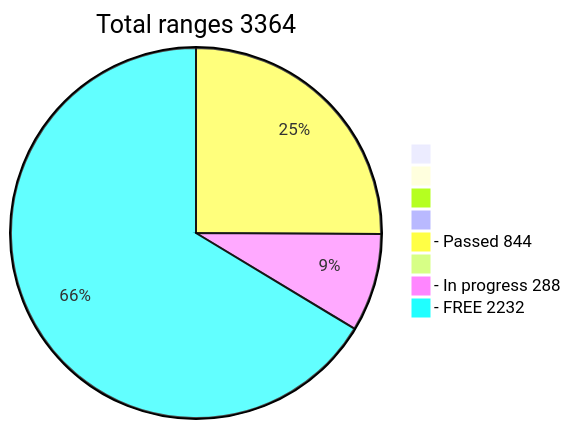
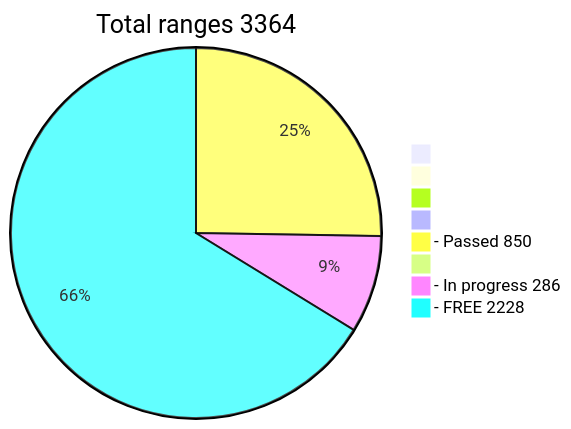
One commit to phrutis/wif500 changed the diagram in README.md. Above: the diagram before and after it, drawn with Mermaid.

````diff
--- a/README.md
+++ b/README.md
@@ -16,11 +16,11 @@
 ```mermaid
 pie title Total ranges 3364
              " " : 0
             "  " : 0
            "   " : 0
           "    " : 0
-  "- Passed 844" : 844
+  "- Passed 850" : 850
          "     " : 0
-  "- In progress 288" : 288
-   "- FREE 2232" : 2232
+  "- In progress 286" : 286
+   "- FREE 2228" : 2228
 ```
````
